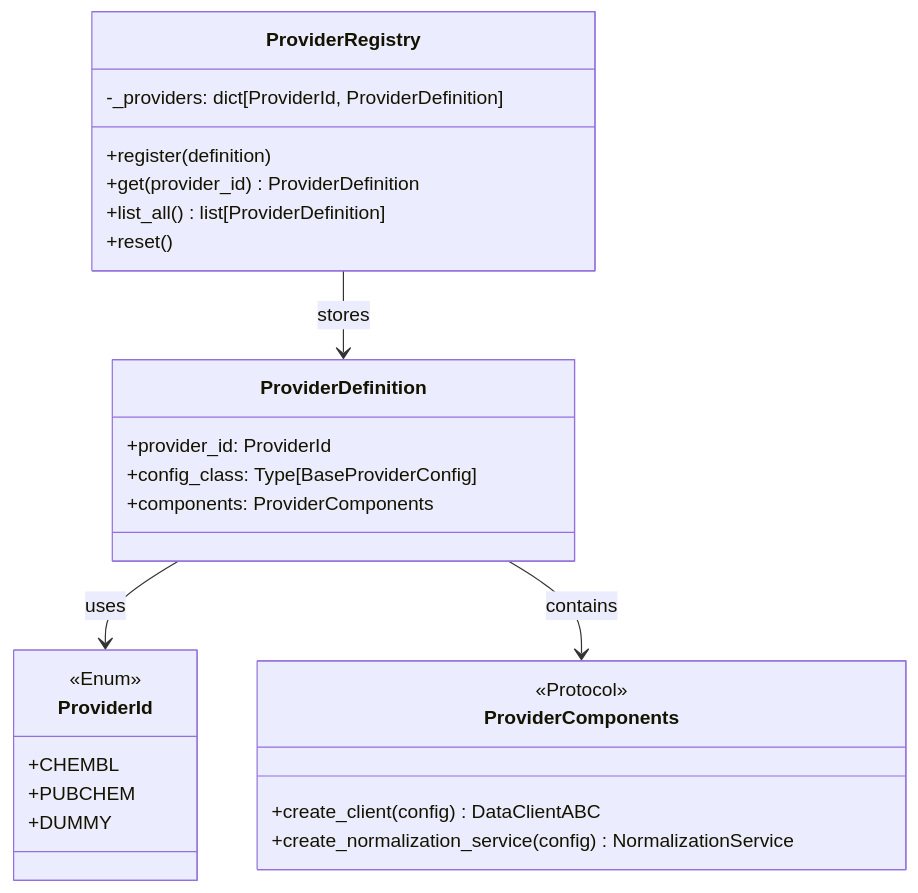
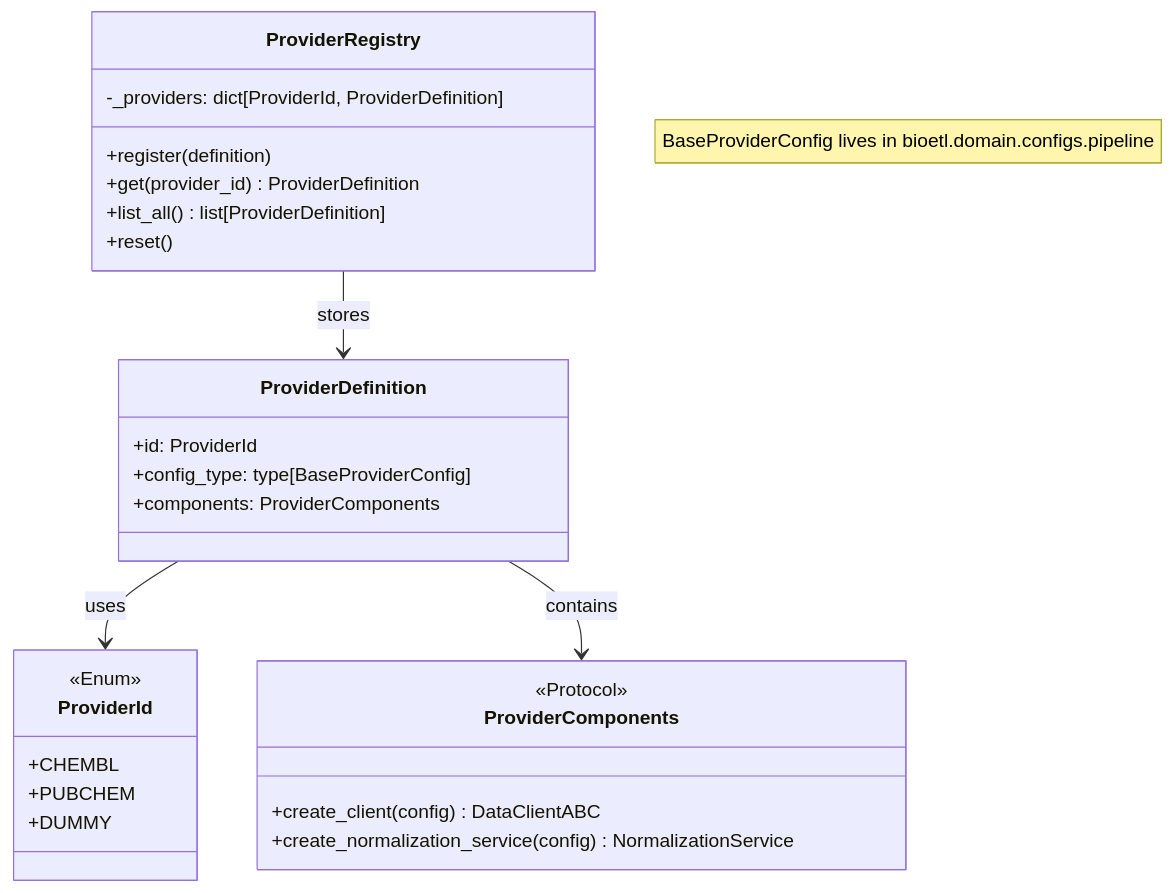
The seventh of 10 diagrams in docs/architecture/14-class-diagrams-domain.md (SatoryKono/BioactivityDataAcquisition), drawn with Mermaid before and after one commit. The commit also changed 87 other files, not shown here.

````diff
--- a/docs/architecture/14-class-diagrams-domain.md
+++ b/docs/architecture/14-class-diagrams-domain.md
@@ -271,36 +271,37 @@
 ```mermaid
 ---
 id: ed1a47f8-769e-47ae-8652-413876aab572
 ---
 classDiagram
     class ProviderId {
         <<Enum>>
         +CHEMBL
         +PUBCHEM
         +DUMMY
     }
 
     class ProviderDefinition {
-        +provider_id: ProviderId
-        +config_class: Type[BaseProviderConfig]
+        +id: ProviderId
+        +config_type: type[BaseProviderConfig]
         +components: ProviderComponents
     }
 
     class ProviderComponents {
         <<Protocol>>
         +create_client(config) DataClientABC
         +create_normalization_service(config) NormalizationService
     }
 
     class ProviderRegistry {
         -_providers: dict[ProviderId, ProviderDefinition]
         +register(definition)
         +get(provider_id) ProviderDefinition
         +list_all() list[ProviderDefinition]
         +reset()
     }
 
     ProviderRegistry --> ProviderDefinition : stores
     ProviderDefinition --> ProviderId : uses
     ProviderDefinition --> ProviderComponents : contains
+    note "BaseProviderConfig lives in bioetl.domain.configs.pipeline"
 ```
````
